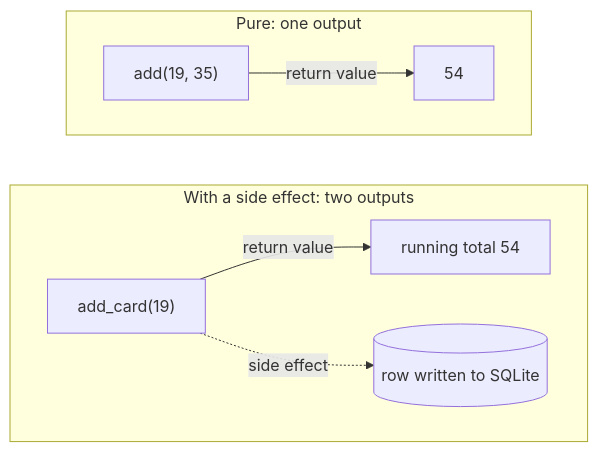
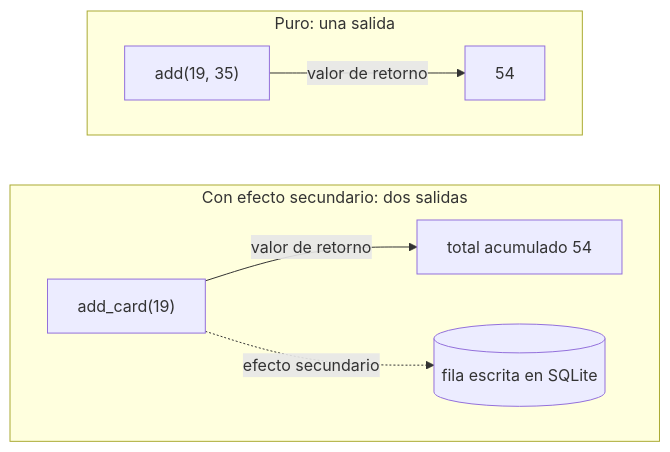
The diagram in lessons/cs-source/concepts/side-effect.md (dullroar/aprende-a-programar-como-un-bicho-raro), drawn with Mermaid before and after one commit. The commit also changed other lines of this file and 42 other files, not shown here.

````diff
--- a/lessons/cs-source/concepts/side-effect.md
+++ b/lessons/cs-source/concepts/side-effect.md
@@ -8,14 +8,14 @@
 ```mermaid
 flowchart LR
-    accTitle: A side effect changes or reveals something outside the value a function returns
-    accDescr: Two computations. The first is pure. The call add(19, 35) has one output, the return value 54, and nothing else in the world changes. The second call, add_card(19), has two outputs. One is the return value, a running total of 54. The other is a side effect, a row written to SQLite, which anyone can see later without having the return value.
-    subgraph EFF["With a side effect: two outputs"]
+    accTitle: Un efecto secundario cambia o revela algo fuera del valor que devuelve una función
+    accDescr: Dos cálculos. El primero es puro. La llamada add(19, 35) tiene una salida, el valor de retorno 54. Nada más cambia en el mundo. La segunda llamada, add_card(19), tiene dos salidas. Una es el valor de retorno, un total acumulado de 54. La otra es un efecto secundario, una fila escrita en SQLite que cualquiera puede ver después sin tener el valor de retorno.
+    subgraph EFF["Con efecto secundario: dos salidas"]
         direction LR
-        e1["add_card(19)"] -->|"return value"| e2["running total 54"]
-        e1 -.->|"side effect"| e3[("row written to SQLite")]
+        e1["add_card(19)"] -->|"valor de retorno"| e2["total acumulado 54"]
+        e1 -.->|"efecto secundario"| e3[("fila escrita en SQLite")]
     end
-    subgraph PURE["Pure: one output"]
+    subgraph PURE["Puro: una salida"]
         direction LR
-        p1["add(19, 35)"] -->|"return value"| p2["54"]
+        p1["add(19, 35)"] -->|"valor de retorno"| p2["54"]
     end
 ```
````
